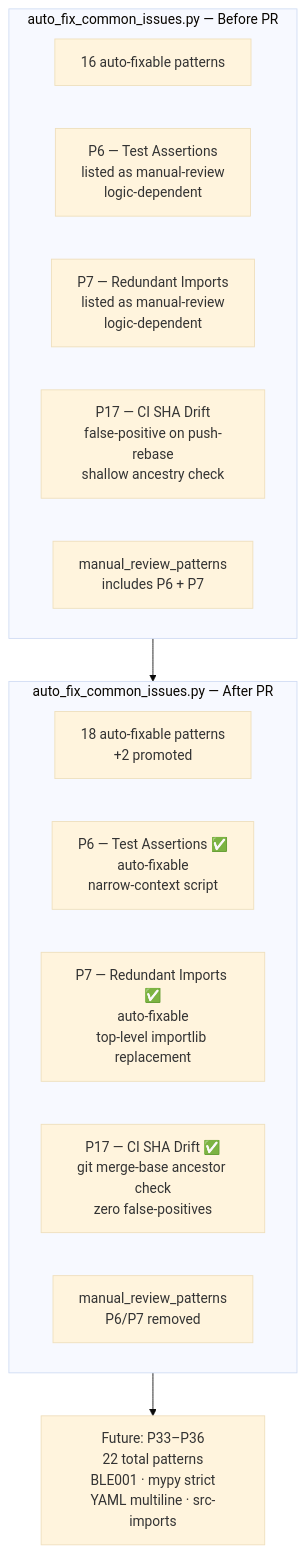
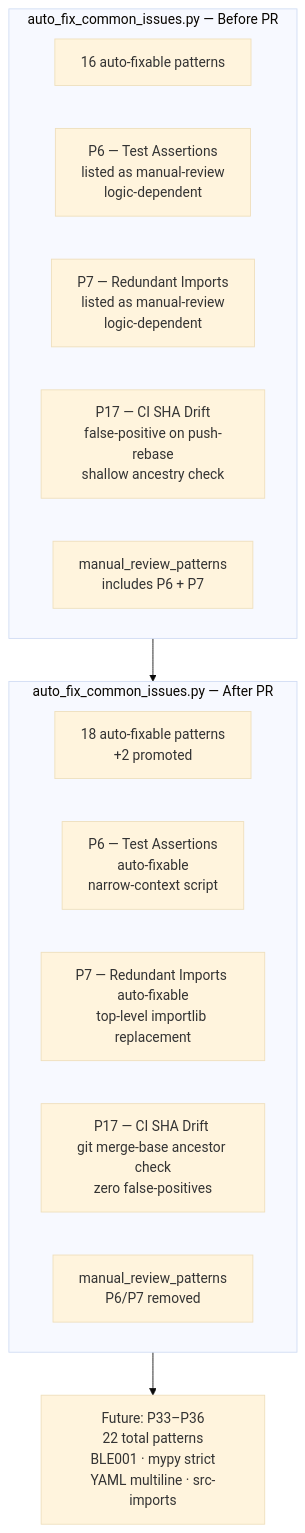
The seventh of 28 diagrams in docs/sessions/PR4289_session_diagram.md (Aries-Serpent/_codex_), drawn with Mermaid (base theme) before and after one commit. The commit also changed other lines of this file and 2029 other files, not shown here.

````diff
--- a/docs/sessions/PR4289_session_diagram.md
+++ b/docs/sessions/PR4289_session_diagram.md
@@ -317,23 +319,23 @@
 ```mermaid
 %%{init: {'accessibility': {'title': 'Flowchart showing "auto_fix_common_issues.py — Before PR", "16 auto-fixable patterns"'}}%%
 flowchart TD
     subgraph BEFORE["auto_fix_common_issues.py — Before PR"]
         B_N["16 auto-fixable patterns"]
         B_P6["P6 — Test Assertions\nlisted as manual-review\nlogic-dependent"]
         B_P7["P7 — Redundant Imports\nlisted as manual-review\nlogic-dependent"]
         B_P17["P17 — CI SHA Drift\nfalse-positive on push-rebase\nshallow ancestry check"]
         B_MANUAL["manual_review_patterns\nincludes P6 + P7"]
     end
 
     subgraph AFTER["auto_fix_common_issues.py — After PR"]
         A_N["18 auto-fixable patterns\n+2 promoted"]
-        A_P6["P6 — Test Assertions ✅\nauto-fixable\nnarrow-context script"]
-        A_P7["P7 — Redundant Imports ✅\nauto-fixable\ntop-level importlib replacement"]
-        A_P17["P17 — CI SHA Drift ✅\ngit merge-base ancestor check\nzero false-positives"]
+        A_P6["P6 — Test Assertions \nauto-fixable\nnarrow-context script"]
+        A_P7["P7 — Redundant Imports \nauto-fixable\ntop-level importlib replacement"]
+        A_P17["P17 — CI SHA Drift \ngit merge-base ancestor check\nzero false-positives"]
         A_MANUAL["manual_review_patterns\nP6/P7 removed"]
     end
 
     BEFORE --> AFTER
 
     AFTER --> FUTURE["Future: P33–P36\n22 total patterns\nBLE001 · mypy strict\nYAML multiline · src-imports"]
 ```
````
